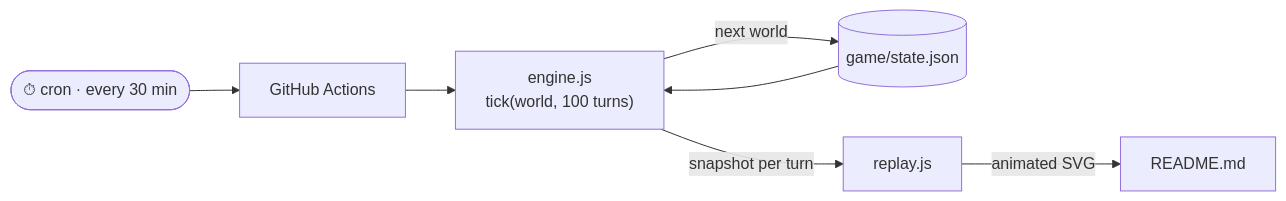
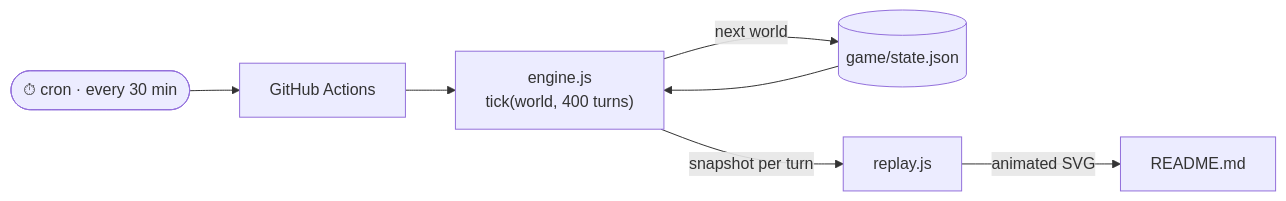
Before and after one commit to abhrajyoti-01/abhrajyoti-01: the diagram in README.md, drawn with Mermaid. The commit also changed other lines of this file and 6 other files, not shown here.

````diff
--- a/README.md
+++ b/README.md
@@ -104,9 +104,9 @@
 ```mermaid
 flowchart LR
     cron(["⏱ cron · every 30 min"]) --> job["GitHub Actions"]
-    state[("game/state.json")] --> engine["engine.js<br/>tick(world, 100 turns)"]
+    state[("game/state.json")] --> engine["engine.js<br/>tick(world, 400 turns)"]
     job --> engine
     engine -->|next world| state
     engine -->|snapshot per turn| replay["replay.js"]
     replay -->|animated SVG| readme["README.md"]
 ```
````
